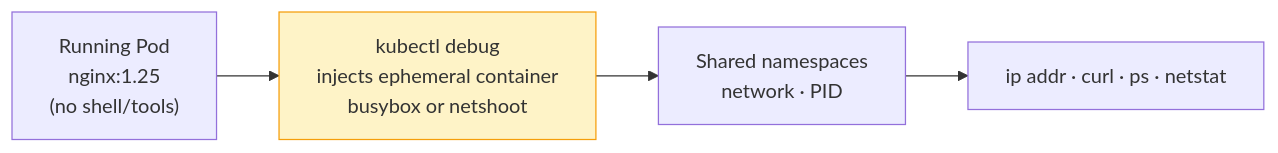
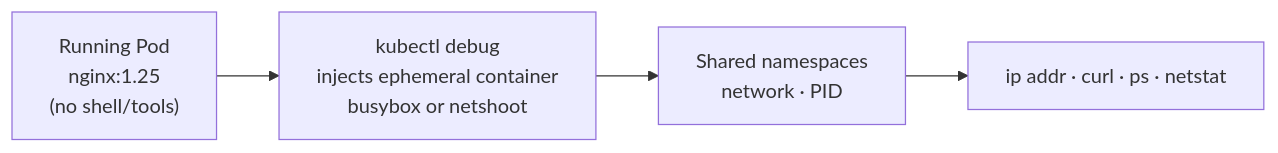
Before and after one commit to Gautam4424/k8slearn-content: the diagram in content/cka/15-troubleshooting-debug-pods-nodes-control-plane/154-ephemeral-containers-kubectl-debug/154-ephemeral-containers-kubectl-debug.md, drawn with Mermaid. The commit also changed 40 other files, not shown here.

Commit message:
chore: fix mermaid style regex

````diff
--- a/content/cka/15-troubleshooting-debug-pods-nodes-control-plane/154-ephemeral-containers-kubectl-debug/154-ephemeral-containers-kubectl-debug.md
+++ b/content/cka/15-troubleshooting-debug-pods-nodes-control-plane/154-ephemeral-containers-kubectl-debug/154-ephemeral-containers-kubectl-debug.md
@@ -19,7 +19,6 @@
 ```mermaid
 flowchart LR
     POD["Running Pod\nnginx:1.25\n(no shell/tools)"] --> DBG["kubectl debug\ninjects ephemeral container\nbusybox or netshoot"]
     DBG --> SHARE["Shared namespaces\nnetwork · PID"]
     SHARE --> INSP["ip addr · curl · ps · netstat"]
-    style DBG fill:#fef3c7,stroke:#f59e0b
 ```
````
